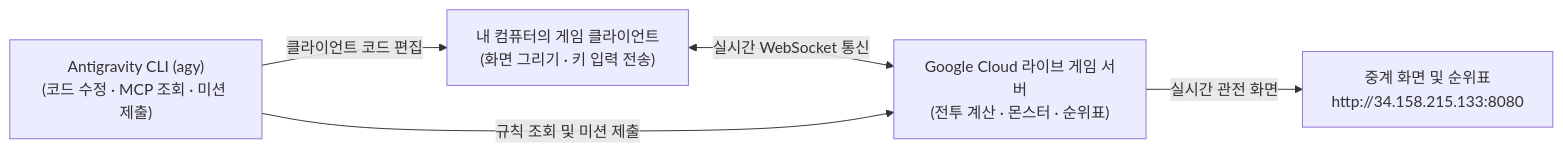
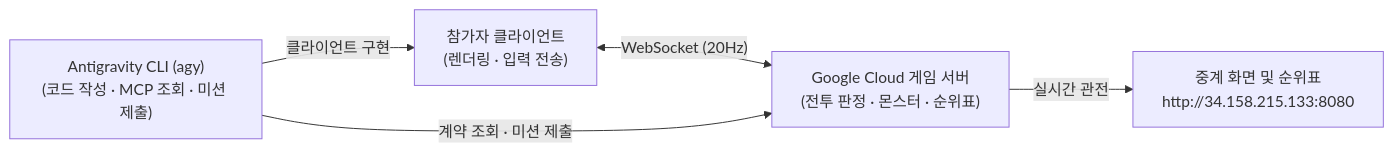
One commit to KennethanCeyer/build-beyond-limits changed the first of 2 diagrams in README.md. Above: the diagram before and after it, drawn with Mermaid. The commit also changed other lines of this file and 7 other files, not shown here.

Commit message:
docs,mcp: tighten hands-on specs without filler and modularize MCP/submit CLI

````diff
--- a/README.md
+++ b/README.md
@@ -35,7 +21,7 @@
 ```mermaid
 flowchart LR
-  A["내 컴퓨터의 게임 클라이언트\n(화면 그리기 · 키 입력 전송)"] <-->|"실시간 WebSocket 통신"| B["Google Cloud 라이브 게임 서버\n(전투 계산 · 몬스터 · 순위표)"]
-  C["Antigravity CLI (agy)\n(코드 수정 · MCP 조회 · 미션 제출)"] -->|"클라이언트 코드 편집"| A
-  C -->|"규칙 조회 및 미션 제출"| B
-  B -->|"실시간 관전 화면"| D["중계 화면 및 순위표\nhttp://34.158.215.133:8080"]
+  A["참가자 클라이언트\n(렌더링 · 입력 전송)"] <-->|"WebSocket (20Hz)"| B["Google Cloud 게임 서버\n(전투 판정 · 몬스터 · 순위표)"]
+  C["Antigravity CLI (agy)\n(코드 작성 · MCP 조회 · 미션 제출)"] -->|"클라이언트 구현"| A
+  C -->|"계약 조회 · 미션 제출"| B
+  B -->|"실시간 관전"| D["중계 화면 및 순위표\nhttp://34.158.215.133:8080"]
 ```
````
